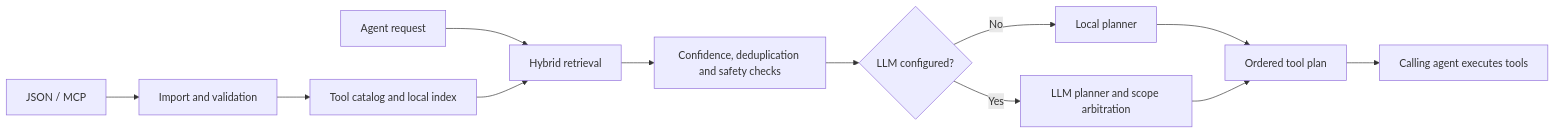
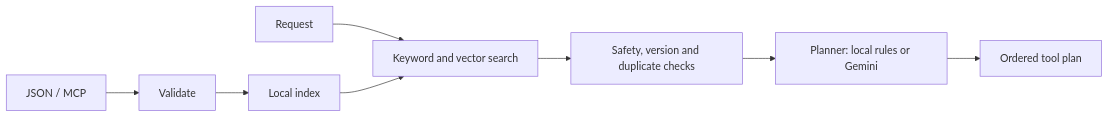
One commit to akshraj-05/tool-router changed the diagram in README.md. Above: the diagram before and after it, drawn with Mermaid. The commit also changed other lines of this file and 7 other files, not shown here.

````diff
--- a/README.md
+++ b/README.md
@@ -130,14 +69,10 @@
 ```mermaid
 flowchart LR
-  A[JSON / MCP] --> B[Import and validation]
-  B --> C[Tool catalog and local index]
-  Q[Agent request] --> D[Hybrid retrieval]
+  A[JSON / MCP] --> B[Validate]
+  B --> C[Local index]
+  Q[Request] --> D[Keyword and vector search]
   C --> D
-  D --> E[Confidence, deduplication and safety checks]
-  E --> F{LLM configured?}
-  F -->|No| G[Local planner]
-  F -->|Yes| H[LLM planner and scope arbitration]
-  G --> I[Ordered tool plan]
-  H --> I
-  I --> J[Calling agent executes tools]
+  D --> E[Safety, version and duplicate checks]
+  E --> F[Planner: local rules or Gemini]
+  F --> I[Ordered tool plan]
 ```
````
